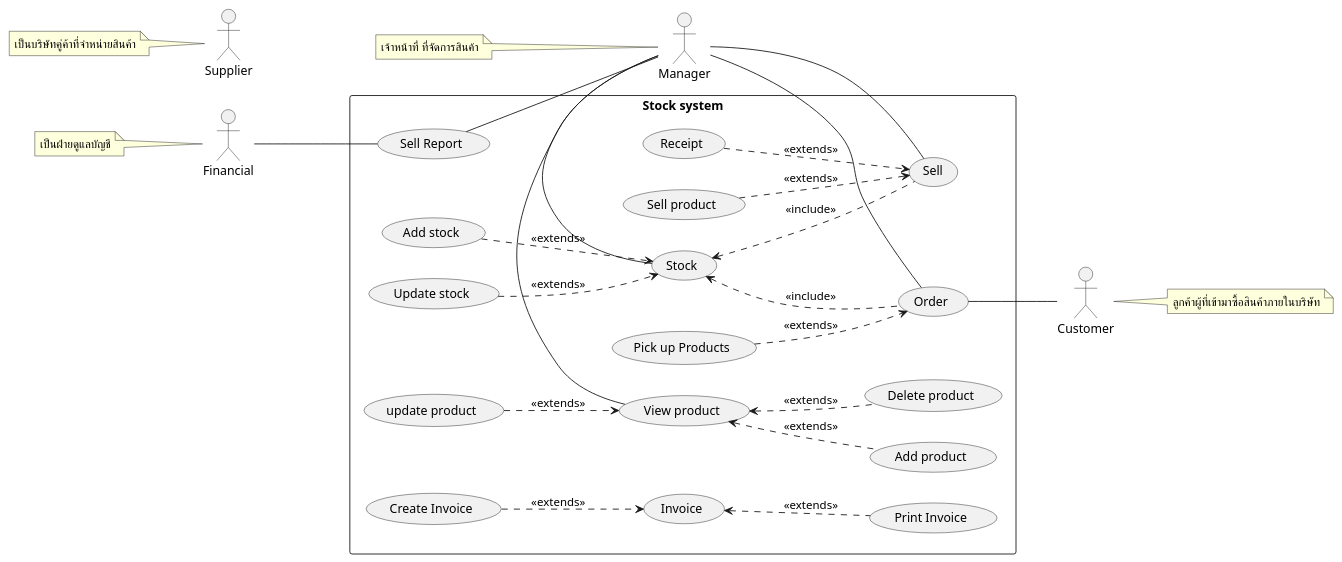
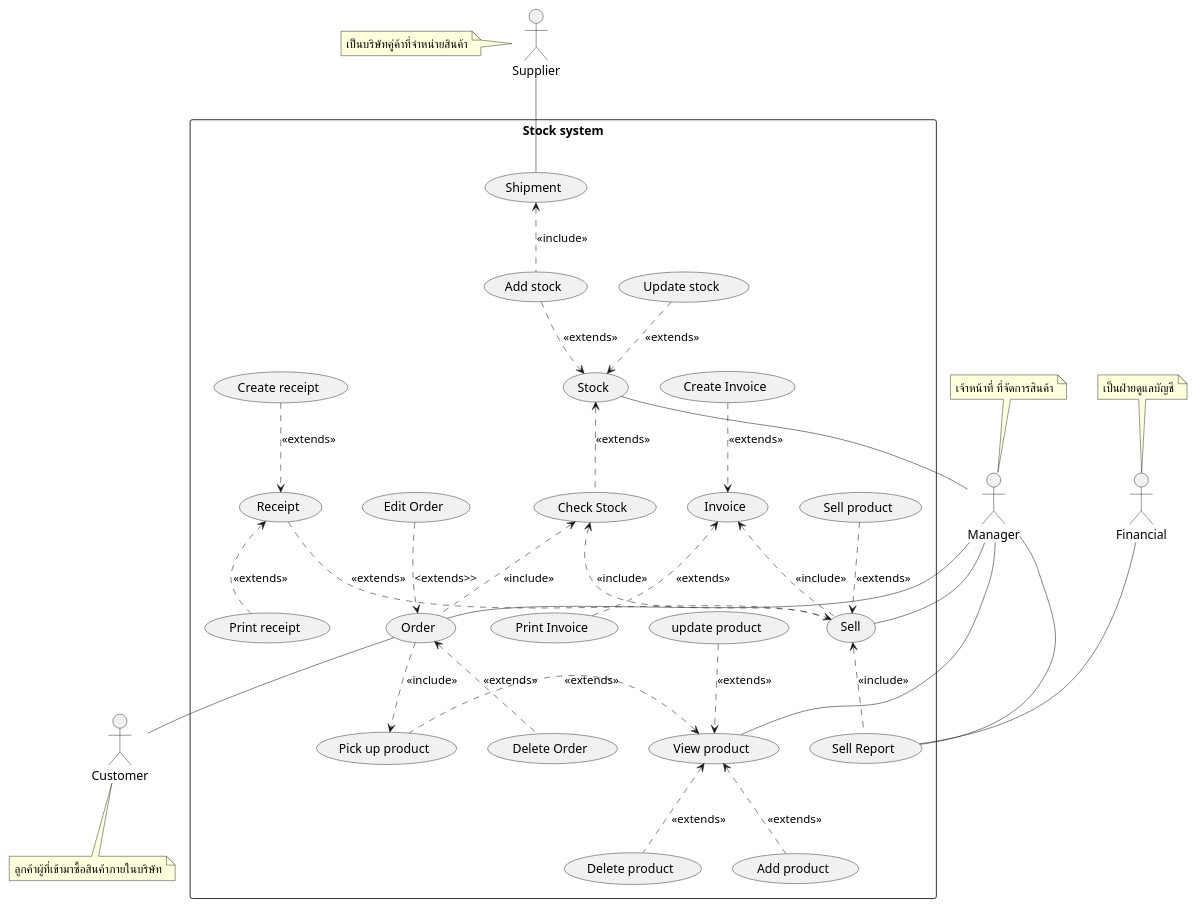
One commit to billowdev/inventory-system-plantuml-sequelize-seeder-example changed the diagram in system-analysis/usecase-diagram.puml. Above: the diagram before and after it, drawn with PlantUML.

Commit message:
usecase Shipment

```diff
--- a/system-analysis/usecase-diagram.puml
+++ b/system-analysis/usecase-diagram.puml
@@ -1,126 +1,160 @@
 @startuml
 'https://plantuml.com/sequence-diagram
-left to right direction
+skinparam Arrow{
+    Thickness .6
+}
+skinparam Participant{
+    FontColor #efefef
+    BorderColor #c0c0c0
+}
+skinparam Sequence{
+    ParticipantBorderThickness .5
+    LifeLineBorderColor #8a8a8a
+}
 
 ' =================== Customer ===================
 ' role - ผู้ที่เข้ามาเพื่อซื้อสินค้าภายในบริษัท
 ' duty - ทำให้เกิดการซื้อขายสินค้า
 actor Customer as actorCustomer
-note right of actorCustomer : ลูกค้าผู้ที่เข้ามาซื้อสินค้าภายในบริษัท
+note bottom of actorCustomer : ลูกค้าผู้ที่เข้ามาซื้อสินค้าภายในบริษัท
 ' =================== Manager ===================
 ' role - เจ้าหน้าที่ ที่จัดการสินค้า ให้คงคลังสินค้าอยู่เสมอ
 ' duty - บริหารจัดการ stock สินค้า ทั้งการจำหน่ายออก และการรับสินค้ารวมถึงการ
 ' ออกใบสั่งของ การเช็คสินค้าและการทำรายงานต่างๆ
 actor Manager as actorManager
-note left of actorManager : เจ้าหน้าที่ ที่จัดการสินค้า
+note top of actorManager : เจ้าหน้าที่ ที่จัดการสินค้า
 ' =================== Supplier ===================
 ' role - เป็นบริษัทคู่ค้าที่จำหน่ายสินค้าหรือวัตถุดิบให้กับบริษัท
 ' duty - ขายและจัดส่งสินค้าตามใบสั่งของ
 actor Supplier as actorSupplier
 note left of actorSupplier : เป็นบริษัทคู่ค้าที่จำหน่ายสินค้า
 ' =================== Financial ===================
 ' role - เป็นฝ่ายดูแลบัญชีและการเงินของบริษัท
 ' duty - รับข้อมูลการซื้อและขายสินค้า
 actor Financial as actorFinancial
-note left of actorFinancial : เป็นฝ่ายดูแลบัญชี
+note top of actorFinancial : เป็นฝ่ายดูแลบัญชี
 
 ' =================== Stock System ===================
 rectangle "Stock system" as stockSystem {
 
-' ================ Selling ================
+    ' ================ Selling ================
     ' กระบวนการขายสินค้า
     usecase (Sell) as (usecaseSell)
-'    การขายสินค้า
+    '    การขายสินค้า
     usecase (Sell product) as (usecaseSellProduct)
-'    การตรวจสอบยอดสินค้า
+    '    การตรวจสอบยอดสินค้า
 
-'    ออกใบเสร็จ
+    '    ออกใบเสร็จ
     usecase (Receipt) as (usecaseReceipt)
+    usecase (Print receipt) as (usecasePrintReceipt)
+    usecase (Create receipt) as (usecaseCreateReceipt)
 
-' ================ Ordering ================
-'    การสั่งซื้อสินค้า
+    ' ================ Ordering ================
+    '    การสั่งซื้อสินค้า
     usecase (Order) as (usecaseOrder)
-'    การลงรับสินค้า
-    usecase (Pick up Products) as (usecasePickUpProduct)
-'    ปรับปรุงยอดสินค้า
+    usecase (Edit Order) as (usecaseEditOrder)
+    usecase (Delete Order) as (usecaseDeleteOrder)
+
+    '    การลงรับสินค้า
+
+    ' ================ Reporting ================
+    '   การทำรายงาน
+    usecase (Sell Report) as (usecaseSellReport)
 
 
-' ================ Product ================
-'    การสั่งซื้อสินค้า
+    ' ================ Product ================
+    '    การสั่งซื้อสินค้า
     usecase (View product) as (usecaseProduct)
     usecase (Add product) as (usecaseAddProduct)
     usecase (update product) as (usecaseUpdateProduct)
     usecase (Delete product) as (usecaseDeleteProduct)
 
+    usecase (Pick up product) as (usecasePickUpProduct)
+
 
     usecase (Stock) as (usecaseStock)
+    usecase (Check Stock) as (usecaseCheckStock)
     usecase (Add stock) as (usecaseAddStock)
     usecase (Update stock) as (usecaseUpdateStock)
 
 
-' ================ Reporting ================
-'   การทำรายงาน
-    usecase (Sell Report) as (usecaseSellReport)
 
-' ================ Invoice ================
-'   คลัง
+    ' ================ Invoice ================
     usecase (Invoice) as (usecaseInvoice)
     usecase (Create Invoice) as (usecaseCreateInvoice)
     usecase (Print Invoice) as (usecasePrintInvoice)
 
+    ' ================ Shipment ================
+    usecase (Shipment) as (usecaseShipment)
 
+    '    ===================== Associate Flow =====================
 
-'    ===================== Associate Flow =====================
-
-'    ================ actor - usecase Flow ================
-'   ความสัมพันธ์ระหว่าง actor และ usecase ในส่วนของการขาย
+    '    ================ actor - usecase Flow ================
+    '   ความสัมพันธ์ระหว่าง actor และ usecase ในส่วนของการขาย
     actorManager -- (usecaseSell)
 
-'  ===  ความสัมพันธ์ระหว่าง actor และ usecase ในส่วนของการสั่งซื้อสินค้า ===
+    ' ===  ความสัมพันธ์ระหว่าง actor และ usecase ในส่วนของการสั่งซื้อสินค้า ===
     actorManager -left- (usecaseOrder)
     (usecaseOrder) -- actorCustomer
 
-'  ===  ความสัมพันธ์ระหว่าง actor และ usecase ในส่วนของการสออกรายงาน ===
+    ' ===  ความสัมพันธ์ระหว่าง actor และ usecase ในส่วนของการสออกรายงาน ===
     actorManager --- (usecaseSellReport)
     actorFinancial --- (usecaseSellReport)
 
     actorManager -- (usecaseStock)
     actorManager -left- (usecaseProduct)
 
-'    ================ usecase - usecase Flow ================
+    actorSupplier -- (usecaseShipment)
+
+    '================ usecase - usecase Flow ================
+
 
     (usecaseProduct) <.. (usecaseAddProduct)  : <<extends>>
     (usecaseUpdateProduct) ..> (usecaseProduct) : <<extends>>
     (usecaseProduct) <.. (usecaseDeleteProduct)  : <<extends>>
-
+    (usecasePickUpProduct) .left.> (usecaseProduct) : <<extends>>
 
     ' ================ Stock ================
     (usecaseAddStock) ..> (usecaseStock) : <<extends>>
+    (usecaseStock) <.. (usecaseCheckStock) : <<extends>>
     (usecaseUpdateStock) ..> (usecaseStock) : <<extends>>
 
-'    การขายสินค้า เป็นส่วนหนึ่งของกระบวนการขายสินค้า
+    ' ================ Sell ================
     (usecaseSellProduct) ..> (usecaseSell) : <<extends>>
-'    ตรวจสอบยอดสินค้า เป็นส่วนหนึ่งของกระบวนการขายสินค้า
+    (usecaseCheckStock) <.. (usecaseSell) : <<include>>
 
-    (usecaseStock) <.. (usecaseSell) : <<include>>
-
-    '    การตัดยอดสินค้า เป็นส่วนหนึ่งของกระบวนการขายสินค้า
-'    (usecaseSell) ..> (usecaseUpdateStock)  : <<include>>
-
-'   การออกใบเสร็จ เป็นส่วนหนึ่งของกระบวนการขายสินค้า
     (usecaseReceipt) ..> (usecaseSell) : <<extends>>
 
-
-'   การลงรับสินค้า เป็นส่วนหนึ่งของกระบวนการสั่งซื้อสินค้า
-    (usecasePickUpProduct) ..> (usecaseOrder) : <<extends>>
-
-'   การปรับปรุงยอดสินค้า เป็นส่วนหนึ่งของกระบวนการสั่งซื้อสินค้า
-   (usecaseStock) <.. (usecaseOrder) : <<include>>
+    (usecaseInvoice) <.. (usecaseSell) : <<include>>
 
 
- ' ================ Invoice ================
+    '   การลงรับสินค้า เป็นส่วนหนึ่งของกระบวนการสั่งซื้อสินค้า
+    (usecaseOrder) ..> (usecasePickUpProduct) : <<include>>
+
+    '   การปรับปรุงยอดสินค้า เป็นส่วนหนึ่งของกระบวนการสั่งซื้อสินค้า
+    (usecaseCheckStock) <.. (usecaseOrder) : <<include>>
+
+    ' ================ Order ================
+    (usecaseOrder) <.. (usecaseDeleteOrder) : <<extends>>
+    (usecaseEditOrder) ..> (usecaseOrder) : <extends>>
+
+
+    ' ================ Invoice ================
     (usecaseCreateInvoice) ..> (usecaseInvoice) : <<extends>>
     (usecaseInvoice)  <..   (usecasePrintInvoice): <<extends>>
- }
+
+    ' ================ Receipt ================
+    (usecaseCreateReceipt) ..> (usecaseReceipt) : <<extends>>
+    (usecaseReceipt)  <..   (usecasePrintReceipt): <<extends>>
+
+    ' ================ Reporting ================
+    '   การทำรายงาน
+
+    (usecaseSell) <..  (usecaseSellReport)   : <<include>>
+
+    ' ================ Shipment ================
+    (usecaseShipment) <.. (usecaseAddStock) : <<include>>
+
+}
 
 @enduml
```
